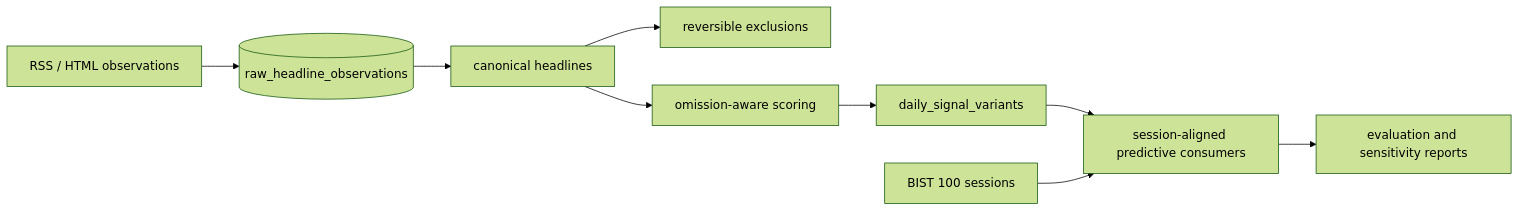
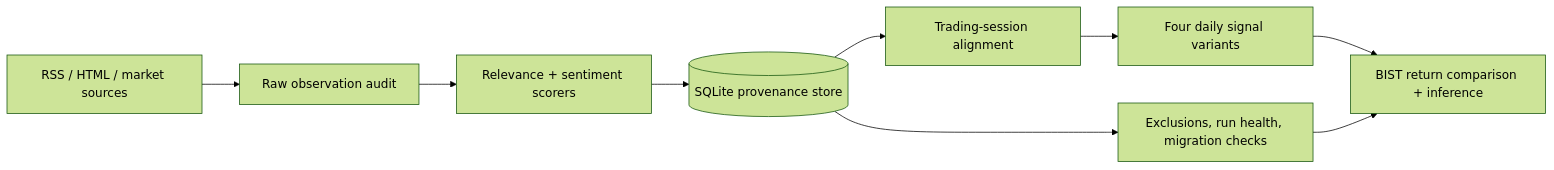
One commit to amirremirr/Turkish-stock-market-sentiment-analysis changed the diagram in README.md. Above: the diagram before and after it, drawn with Mermaid (forest theme). The commit also changed other lines of this file, not shown here.

````diff
--- a/README.md
+++ b/README.md
@@ -176,11 +59,11 @@
 ```mermaid
 flowchart LR
-    A[RSS / HTML observations] --> B[(raw_headline_observations)]
-    B --> C[canonical headlines]
-    C --> X[reversible exclusions]
-    C --> D[omission-aware scoring]
-    D --> E[daily_signal_variants]
-    E --> F[session-aligned predictive consumers]
-    G[BIST 100 sessions] --> F
-    F --> H[evaluation and sensitivity reports]
+    A[RSS / HTML / market sources] --> B[Raw observation audit]
+    B --> C[Relevance + sentiment scorers]
+    C --> D[(SQLite provenance store)]
+    D --> E[Trading-session alignment]
+    E --> F[Four daily signal variants]
+    F --> G[BIST return comparison + inference]
+    D --> H[Exclusions, run health, migration checks]
+    H --> G
 ```
````
